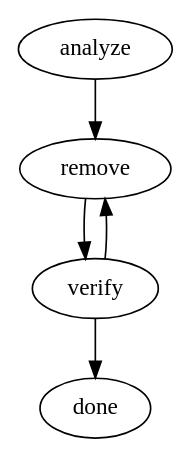
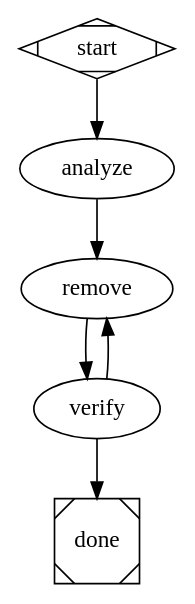
Before and after one commit to jawhnycooke/attractor: the first of 2 diagrams in README.md, drawn with Graphviz. The commit also changed other lines of this file and 5 other files, not shown here.

````diff
--- a/README.md
+++ b/README.md
@@ -9,13 +9,15 @@
 ```dot
 digraph refactor {
-    analyze [handler="codergen" prompt="Analyze the codebase for dead code" start=true]
-    remove  [handler="codergen" prompt="Remove the dead code identified in {analysis}"]
-    verify  [handler="codergen" prompt="Run tests and verify nothing is broken"]
-    done    [terminal=true]
+    start   [shape=Mdiamond]
+    analyze [type="codergen" prompt="Analyze the codebase for dead code"]
+    remove  [type="codergen" prompt="Remove the dead code identified in {analysis}"]
+    verify  [type="codergen" prompt="Run tests and verify nothing is broken"]
+    done    [shape=Msquare]
 
+    start -> analyze
     analyze -> remove
     remove -> verify
-    verify -> done [condition="tests_passed == true"]
-    verify -> remove [condition="tests_passed == false" priority=2]
+    verify -> done [condition="tests_passed = true"]
+    verify -> remove [condition="tests_passed = false" weight=2]
 }
 ```
````
